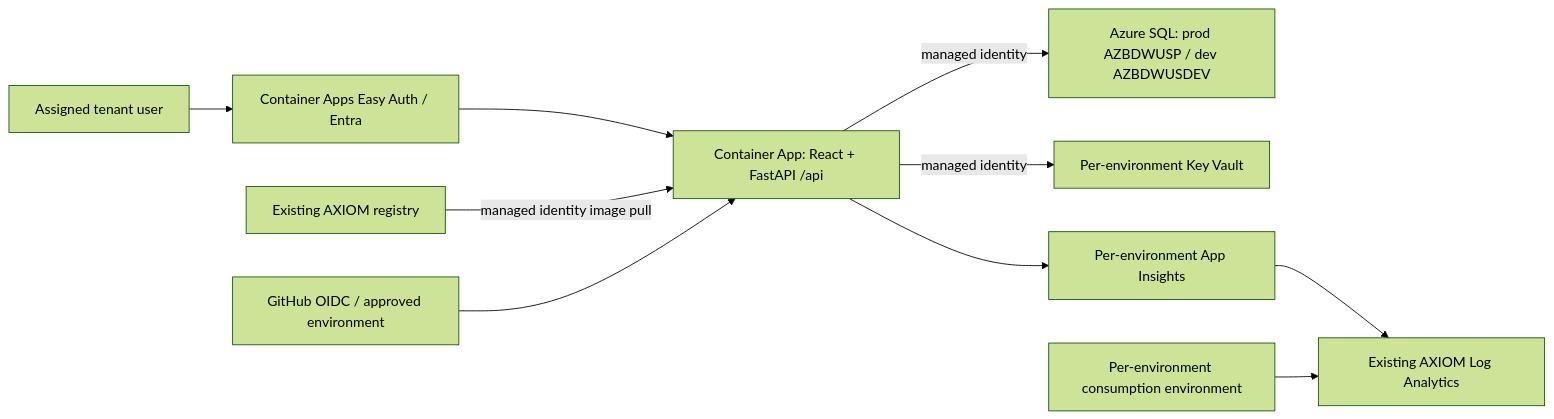
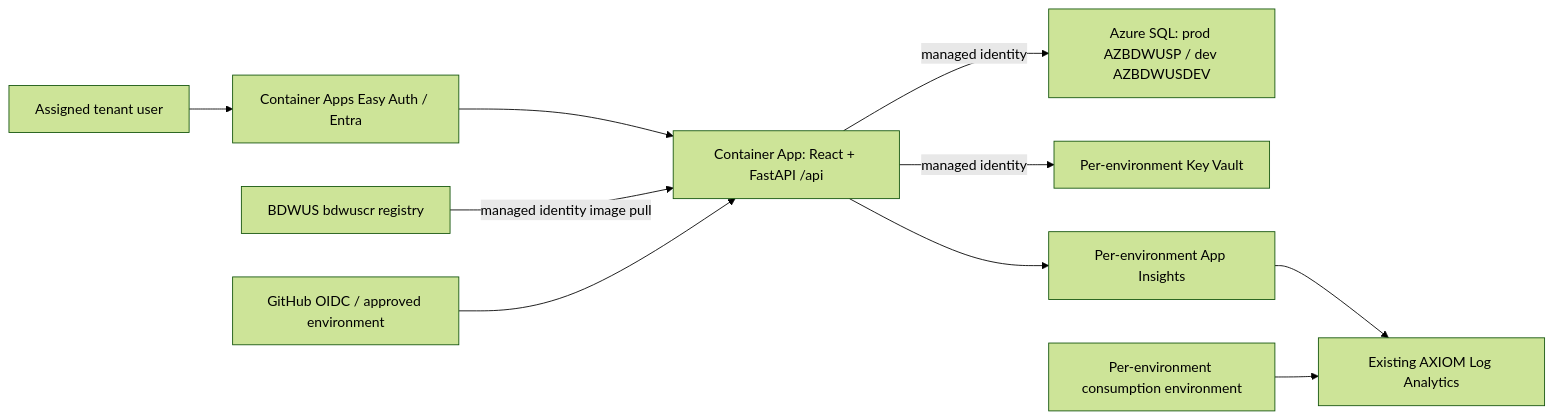
One commit to BrianDWalker/BDWUS changed the diagram in README.md. Above: the diagram before and after it, drawn with Mermaid (forest theme). The commit also changed other lines of this file, not shown here.

Commit message:
Publish the reviewed image to the same BDWUS registry used for provisioning

````diff
--- a/README.md
+++ b/README.md
@@ -23,12 +23,12 @@
 ```mermaid
 flowchart LR
   User[Assigned tenant user] --> Auth[Container Apps Easy Auth / Entra]
   Auth --> Portal[Container App: React + FastAPI /api]
   Portal -->|managed identity| SQL[Azure SQL: prod AZBDWUSP / dev AZBDWUSDEV]
   Portal -->|managed identity| KV[Per-environment Key Vault]
   Portal --> Insights[Per-environment App Insights]
   Insights --> Logs[Existing AXIOM Log Analytics]
   Env[Per-environment consumption environment] --> Logs
-  Registry[Existing AXIOM registry] -->|managed identity image pull| Portal
+  Registry[BDWUS bdwuscr registry] -->|managed identity image pull| Portal
   Actions[GitHub OIDC / approved environment] --> Portal
 ```
````
